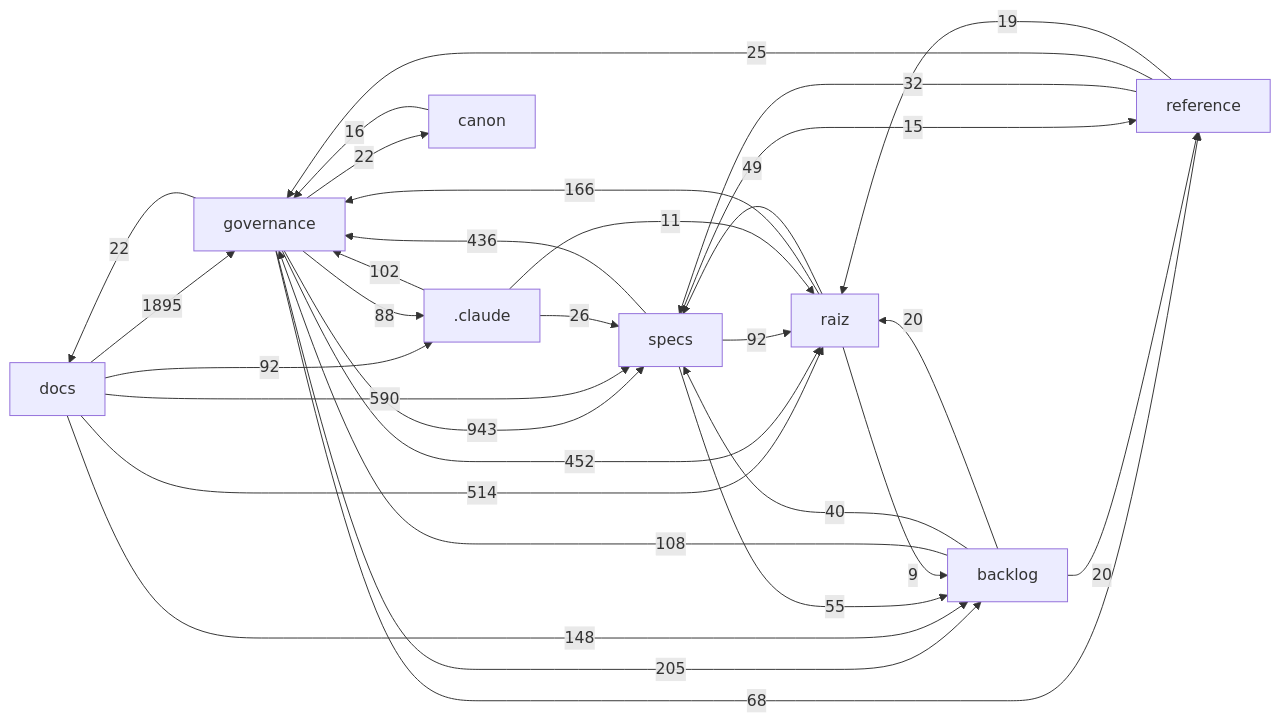
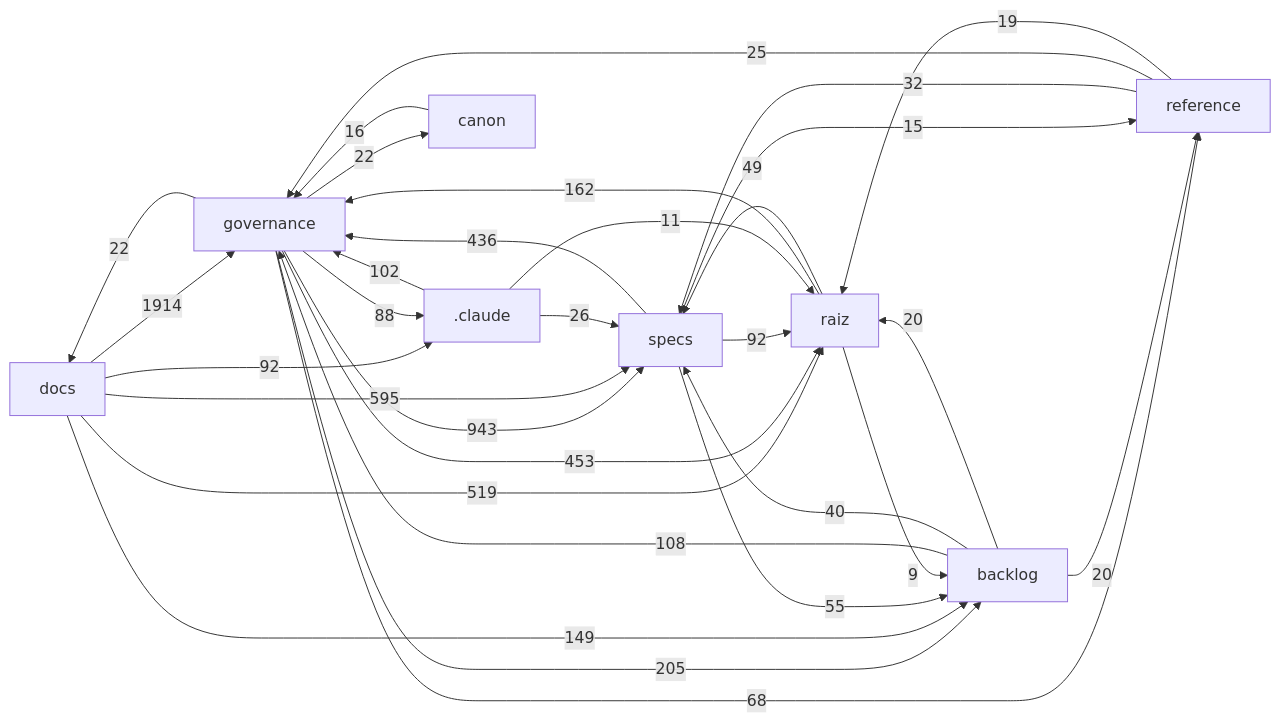
Before and after one commit to Andraus35/Sistema-Operacional-de-Trading--SOT: the diagram in docs/mapa/MAPA-PROJETO.md, drawn with Mermaid. The commit also changed other lines of this file and 26 other files, not shown here.

````diff
--- a/docs/mapa/MAPA-PROJETO.md
+++ b/docs/mapa/MAPA-PROJETO.md
@@ -29,33 +29,33 @@
 ```mermaid
 flowchart LR
-  docs["docs"] -->|1895| governance["governance"]
+  docs["docs"] -->|1914| governance["governance"]
   governance["governance"] -->|943| specs["specs"]
-  docs["docs"] -->|590| specs["specs"]
-  docs["docs"] -->|514| raiz["raiz"]
-  governance["governance"] -->|452| raiz["raiz"]
+  docs["docs"] -->|595| specs["specs"]
+  docs["docs"] -->|519| raiz["raiz"]
+  governance["governance"] -->|453| raiz["raiz"]
   specs["specs"] -->|436| governance["governance"]
   governance["governance"] -->|205| backlog["backlog"]
-  raiz["raiz"] -->|166| governance["governance"]
-  docs["docs"] -->|148| backlog["backlog"]
+  raiz["raiz"] -->|162| governance["governance"]
+  docs["docs"] -->|149| backlog["backlog"]
   backlog["backlog"] -->|108| governance["governance"]
   _claude[".claude"] -->|102| governance["governance"]
   docs["docs"] -->|92| _claude[".claude"]
   specs["specs"] -->|92| raiz["raiz"]
   governance["governance"] -->|88| _claude[".claude"]
   governance["governance"] -->|68| reference["reference"]
   specs["specs"] -->|55| backlog["backlog"]
   raiz["raiz"] -->|49| specs["specs"]
   backlog["backlog"] -->|40| specs["specs"]
   reference["reference"] -->|32| specs["specs"]
   _claude[".claude"] -->|26| specs["specs"]
   reference["reference"] -->|25| governance["governance"]
   governance["governance"] -->|22| docs["docs"]
   governance["governance"] -->|22| canon["canon"]
   backlog["backlog"] -->|20| raiz["raiz"]
   backlog["backlog"] -->|20| reference["reference"]
   reference["reference"] -->|19| raiz["raiz"]
   canon["canon"] -->|16| governance["governance"]
   specs["specs"] -->|15| reference["reference"]
   _claude[".claude"] -->|11| raiz["raiz"]
   raiz["raiz"] -->|9| backlog["backlog"]
 ```
````
